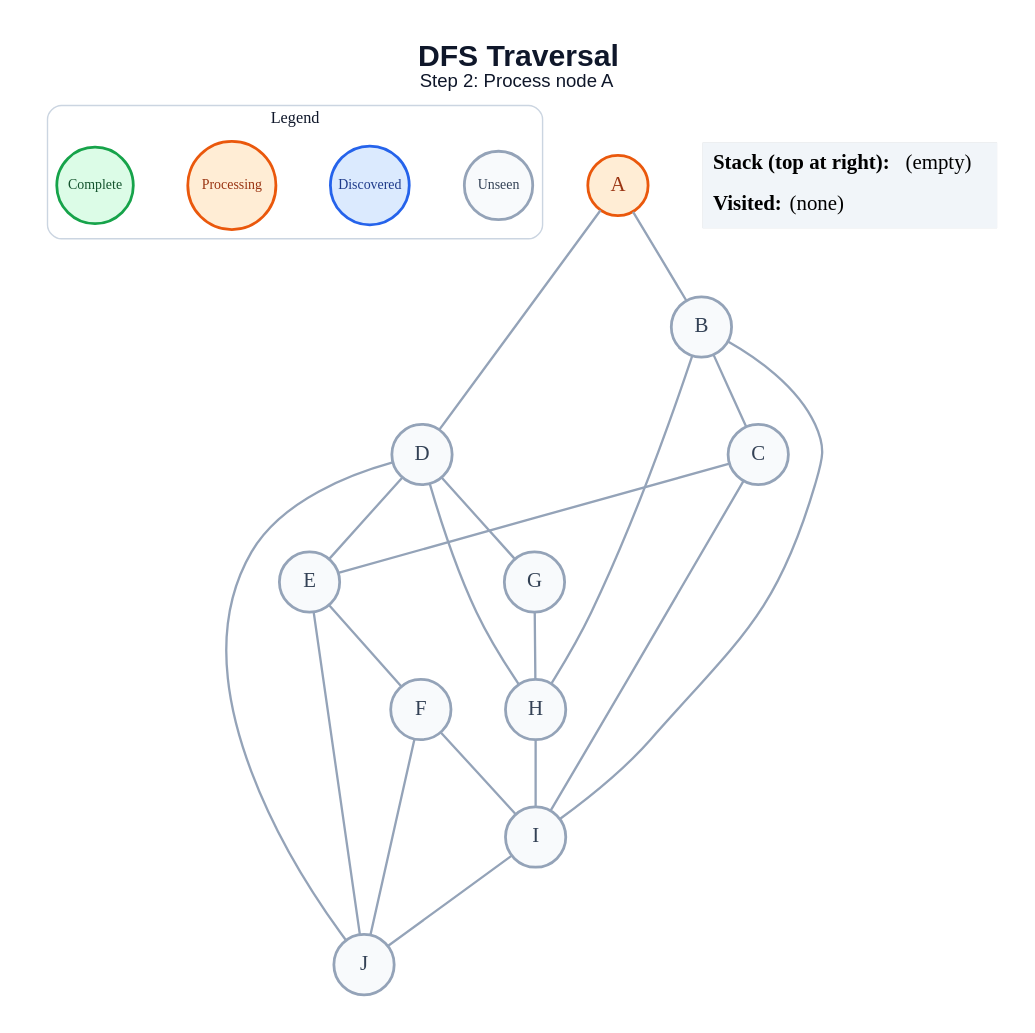
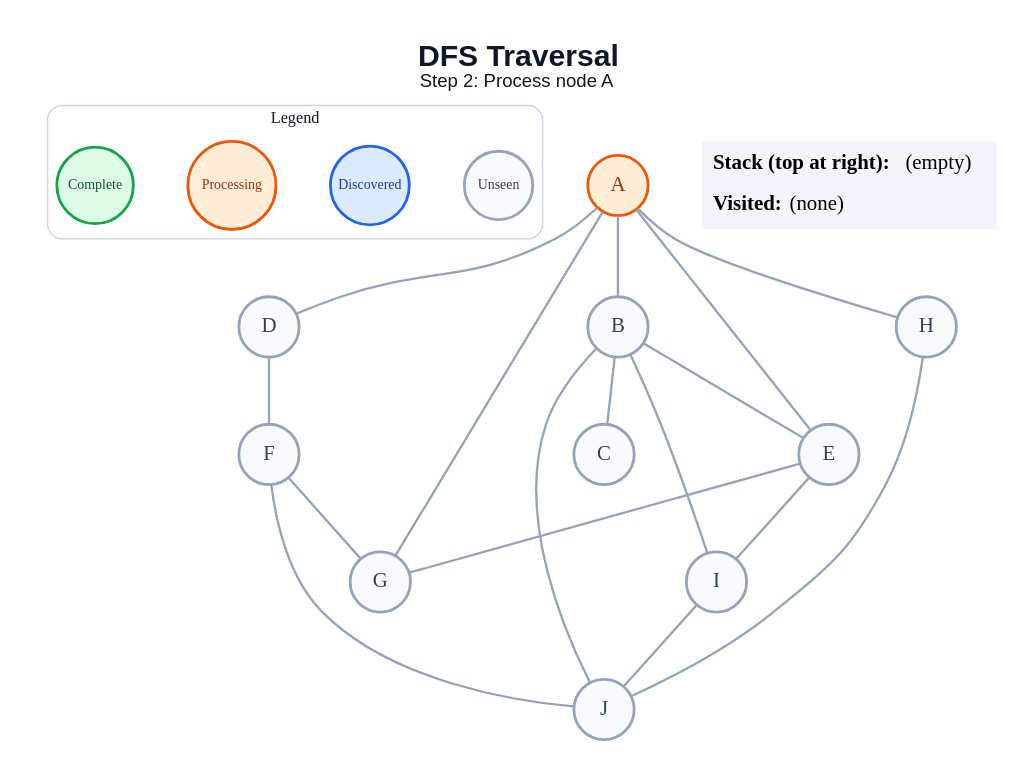
One commit to amanghodawala9/ai-slop changed the diagram in generated/dfs/step_02.dot. Above: the diagram before and after it, drawn with Graphviz. The commit also changed 178 other files, not shown here.

```diff
--- a/generated/dfs/step_02.dot
+++ b/generated/dfs/step_02.dot
@@ -1,47 +1,45 @@
 graph traversal {
   graph [layout=dot, rankdir=TB, bgcolor="#FFFFFF", pad="0.35", nodesep="0.65", ranksep="0.8", fontname="Arial"];
   node [shape=circle, style="filled", fontname="Arial Bold", fontsize=18, width=0.72, fixedsize=true, penwidth=2.4];
   edge [color="#94A3B8", penwidth=2.0];
   label=<<B>DFS Traversal</B><BR/><FONT POINT-SIZE="16">Step 2: Process node A</FONT>>; labelloc="t"; fontsize=26; fontname="Arial"; fontcolor="#0F172A";
   subgraph cluster_legend { label="Legend"; color="#CBD5E1"; penwidth=1.2; style="rounded"; fontsize=14; fontname="Arial Bold";
     key_unseen [label="Unseen", fillcolor="#F8FAFC", color="#94A3B8", fontcolor="#334155", fontsize=12, width=0.82];
     key_frontier [label="Discovered", fillcolor="#DBEAFE", color="#2563EB", fontcolor="#1E3A8A", fontsize=12, width=0.95];
     key_current [label="Processing", fillcolor="#FFEDD5", color="#EA580C", fontcolor="#9A3412", fontsize=12, width=1.05];
     key_done [label="Complete", fillcolor="#DCFCE7", color="#16A34A", fontcolor="#14532D", fontsize=12, width=0.92];
     { rank=same; key_unseen; key_frontier; key_current; key_done; }
   }
   A [fillcolor="#FFEDD5", color="#EA580C", fontcolor="#9A3412"];
   B [fillcolor="#F8FAFC", color="#94A3B8", fontcolor="#334155"];
   C [fillcolor="#F8FAFC", color="#94A3B8", fontcolor="#334155"];
   D [fillcolor="#F8FAFC", color="#94A3B8", fontcolor="#334155"];
   E [fillcolor="#F8FAFC", color="#94A3B8", fontcolor="#334155"];
   F [fillcolor="#F8FAFC", color="#94A3B8", fontcolor="#334155"];
   G [fillcolor="#F8FAFC", color="#94A3B8", fontcolor="#334155"];
   H [fillcolor="#F8FAFC", color="#94A3B8", fontcolor="#334155"];
   I [fillcolor="#F8FAFC", color="#94A3B8", fontcolor="#334155"];
   J [fillcolor="#F8FAFC", color="#94A3B8", fontcolor="#334155"];
   A -- B;
   A -- D;
+  A -- E;
+  A -- G;
+  A -- H;
   B -- C;
-  B -- H;
+  B -- E;
   B -- I;
-  C -- E;
-  C -- I;
-  D -- E;
-  D -- G;
-  D -- H;
-  D -- J;
-  E -- F;
-  E -- J;
-  F -- I;
+  B -- J;
+  D -- F;
+  E -- G;
+  E -- I;
+  F -- G;
   F -- J;
-  G -- H;
-  H -- I;
+  H -- J;
   I -- J;
   status [shape=plain, fixedsize=false, width=0, height=0, margin=0, label=<
     <TABLE BORDER="0" CELLBORDER="0" CELLPADDING="7" BGCOLOR="#F1F5F9">
       <TR><TD ALIGN="LEFT"><B>Stack (top at right):</B> (empty)</TD></TR>
       <TR><TD ALIGN="LEFT"><B>Visited:</B> (none)</TD></TR>
     </TABLE>
   >];
 }
```
